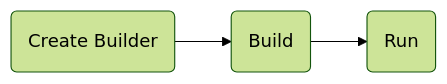
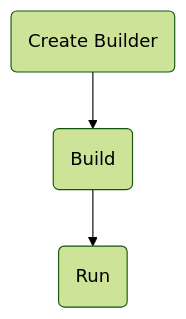
Before and after one commit to mouseless/baked: the first of 3 diagrams in docs/architecture/application.md, drawn with Mermaid (forest theme). The commit also changed other lines of this file and 4 other files, not shown here.

````diff
--- a/docs/architecture/application.md
+++ b/docs/architecture/application.md
@@ -112,8 +112,8 @@
 ```mermaid
-flowchart LR
+flowchart TB
     CB(Create Builder)
     B(Build)
     R(Run)
 
     CB --> B --> R
 ```
````
